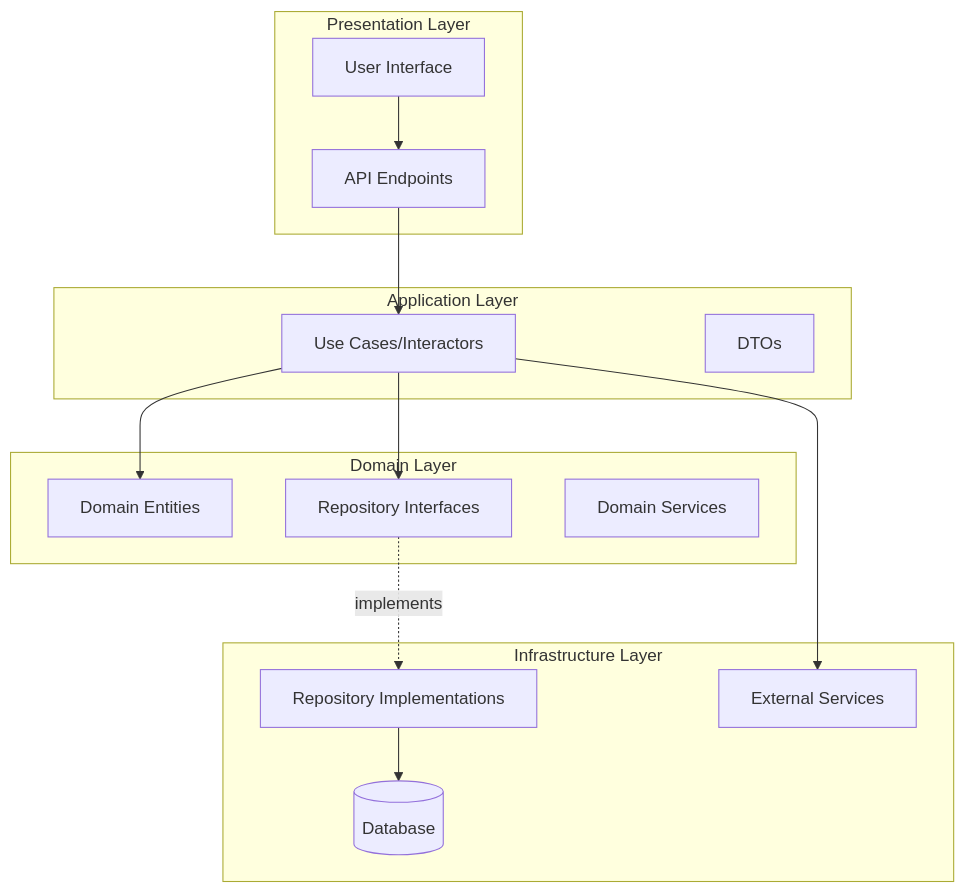
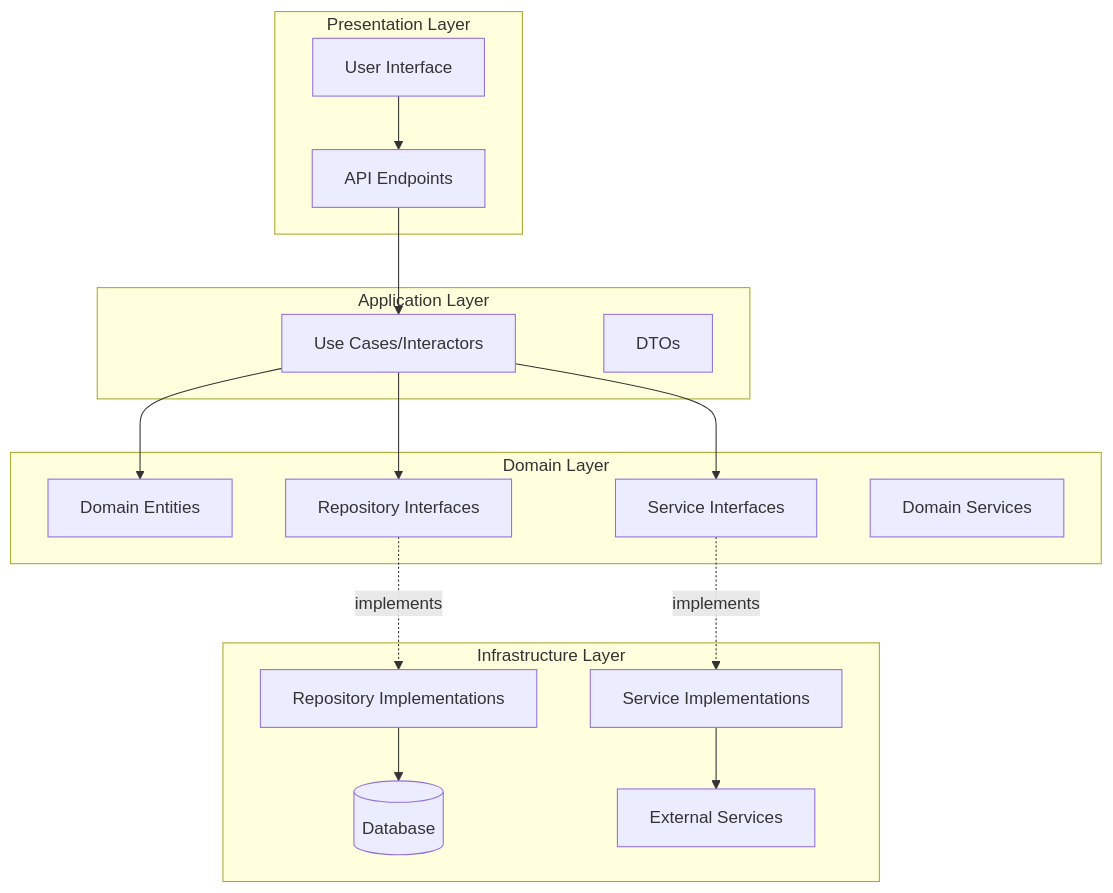
Before and after one commit to Grinest/agents: the second of 12 diagrams in plugins/general/agents/architect.md, drawn with Mermaid. The commit also changed other lines of this file and 1 other file, not shown here.

First line of the commit message:
feat: Add infrastructure service interface rules and cloud architecture proposals

````diff
--- a/plugins/general/agents/architect.md
+++ b/plugins/general/agents/architect.md
@@ -536,32 +625,36 @@
 ```mermaid
 graph TB
     subgraph "Presentation Layer"
         UI[User Interface]
         API[API Endpoints]
     end
 
     subgraph "Application Layer"
         UC[Use Cases/Interactors]
         DTO[DTOs]
     end
 
     subgraph "Domain Layer"
         ENT[Domain Entities]
         REPO_IF[Repository Interfaces]
+        SVC_IF[Service Interfaces]
         SVC[Domain Services]
     end
 
     subgraph "Infrastructure Layer"
         REPO_IMPL[Repository Implementations]
+        SVC_IMPL[Service Implementations]
         DB[(Database)]
         EXT[External Services]
     end
 
     UI --> API
     API --> UC
     UC --> ENT
     UC --> REPO_IF
+    UC --> SVC_IF
     REPO_IF -.implements.-> REPO_IMPL
+    SVC_IF -.implements.-> SVC_IMPL
     REPO_IMPL --> DB
-    UC --> EXT
+    SVC_IMPL --> EXT
 ```
````
